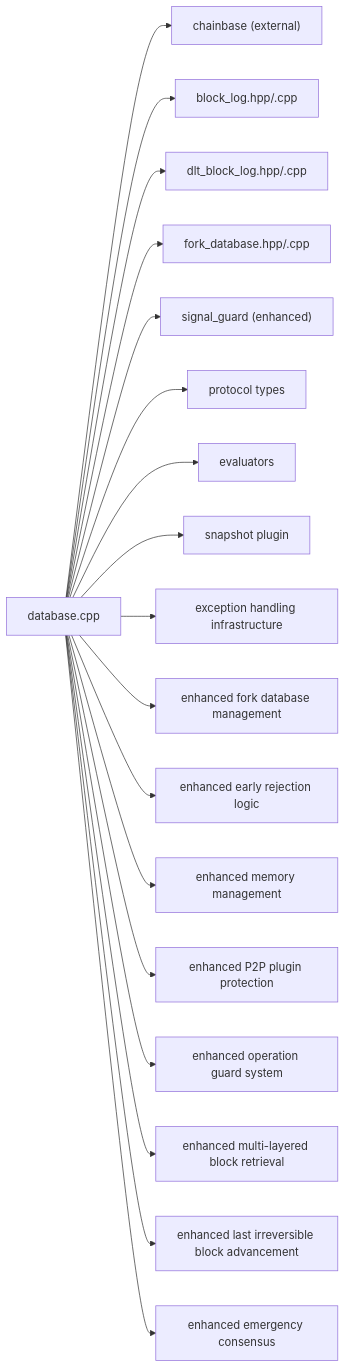
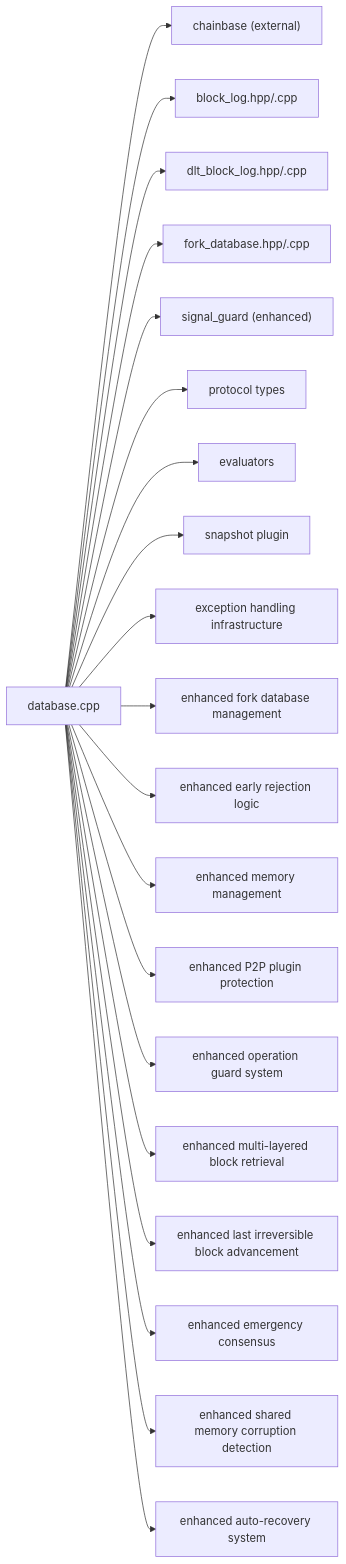
Diagram 28 of 28 in .qoder/repowiki/en/content/Architecture Overview/Core Libraries/Chain Library/Database Management/Database Management.md (VIZ-Blockchain/viz-cpp-node), drawn with Mermaid before and after one commit. The commit also changed other lines of this file and 4 other files, not shown here.

First line of the commit message:
feat(database): add shared_memory_corruption_exception and auto-recovery integration

````diff
--- a/.qoder/repowiki/en/content/Architecture Overview/Core Libraries/Chain Library/Database Management/Database Management.md
+++ b/.qoder/repowiki/en/content/Architecture Overview/Core Libraries/Chain Library/Database Management/Database Management.md
@@ -1412,20 +1458,22 @@
 ```mermaid
 graph LR
 DB["database.cpp"] --> CB["chainbase (external)"]
 DB --> BL["block_log.hpp/.cpp"]
 DB --> DLT["dlt_block_log.hpp/.cpp"]
 DB --> FD["fork_database.hpp/.cpp"]
 DB --> SG["signal_guard (enhanced)"]
 DB --> PT["protocol types"]
 DB --> EV["evaluators"]
 DB --> SNAP["snapshot plugin"]
 DB --> EXINF["exception handling infrastructure"]
 DB --> FDMGMT["enhanced fork database management"]
 DB --> EARLY["enhanced early rejection logic"]
 DB --> MEMMGT["enhanced memory management"]
 DB --> P2PSEC["enhanced P2P plugin protection"]
 DB --> OPGUARD["enhanced operation guard system"]
 DB --> MULTILAYER["enhanced multi-layered block retrieval"]
 DB --> LIBADVANCE["enhanced last irreversible block advancement"]
 DB --> EMER["enhanced emergency consensus"]
+DB --> CORRUPTION["enhanced shared memory corruption detection"]
+DB --> AUTORECOVERY["enhanced auto-recovery system"]
 ```
````
